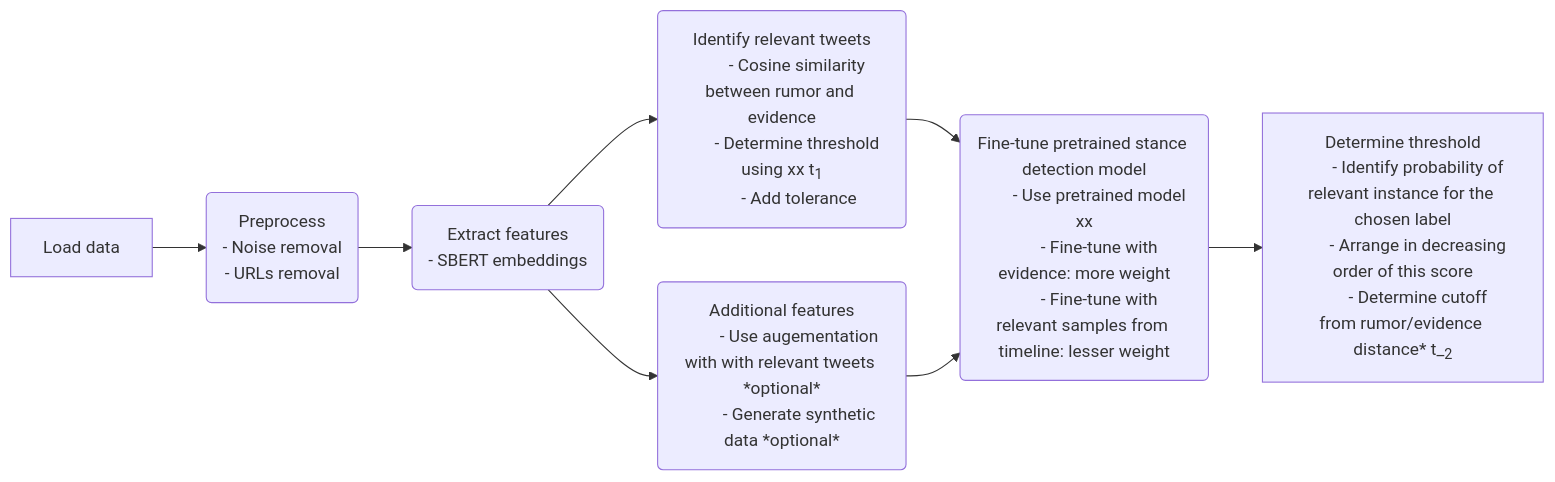
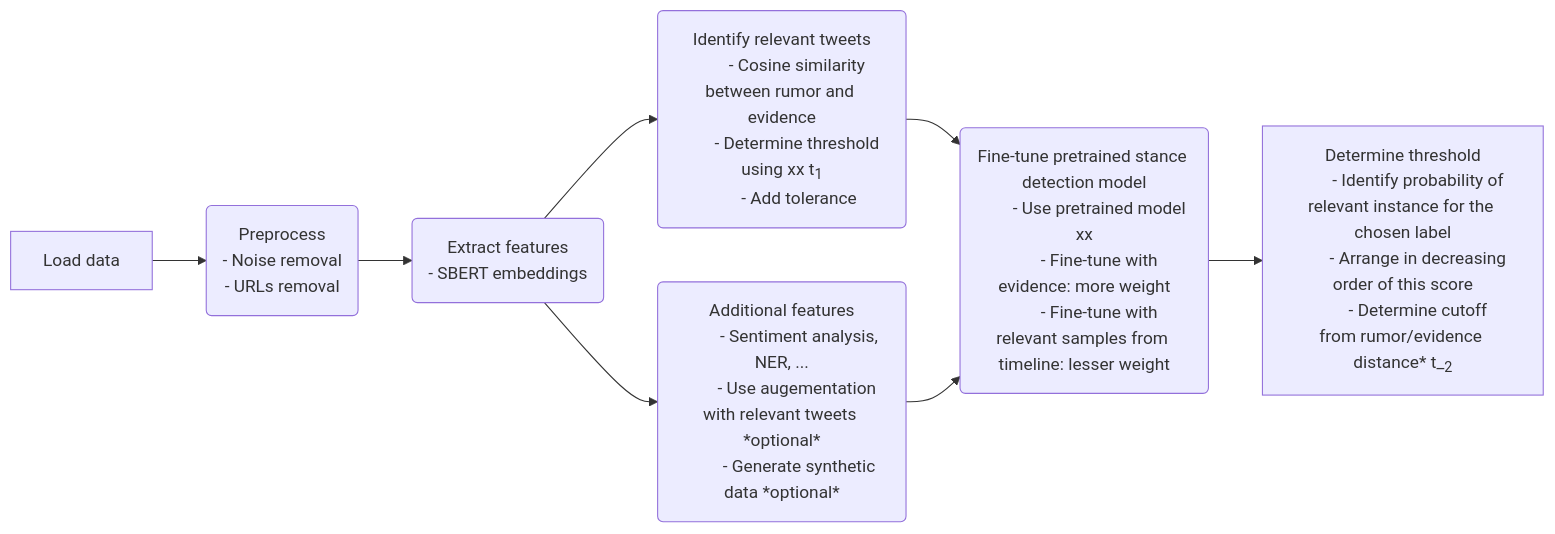
One commit to Alaaeddin103/Rumor_verification changed the first of 2 diagrams in README.md. Above: the diagram before and after it, drawn with Mermaid. The commit also changed other lines of this file, not shown here.

````diff
--- a/README.md
+++ b/README.md
@@ -14,35 +14,36 @@
 ```mermaid
 graph LR
 a[Load data]
 b(Preprocess
         - Noise removal
         - URLs removal
 )
 c(Extract features
         - SBERT embeddings
 )
 d(Identify relevant tweets
         - Cosine similarity between rumor and evidence
         - Determine threshold using xx t<sub>1</sub>
         - Add tolerance 
 )
 e(Additional features
-         - Use augementation with with relevant tweets *optional*
+         - Sentiment analysis, NER, ...
+         - Use augementation  with relevant tweets *optional*
          - Generate synthetic data *optional*
 )
 f(Fine-tune pretrained stance detection model
         - Use pretrained model xx
         - Fine-tune with evidence: more weight
         - Fine-tune with relevant samples from timeline: lesser weight
 )
 g[Determine threshold
         - Identify probability of relevant instance for the chosen label
         - Arrange in decreasing order of this score
         - Determine cutoff from rumor/evidence distance* t_<sub>2</sub>]
 a --> b
 b --> c
 c --> d & e
 d --> f
 e --> f
 f --> g
 ```
````
